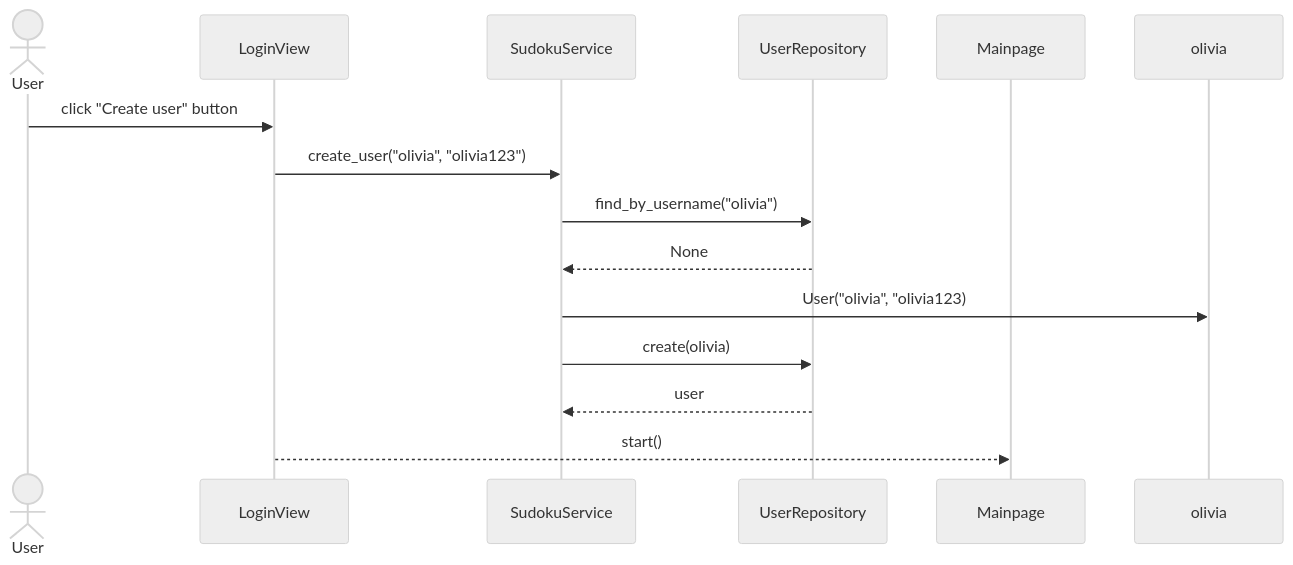
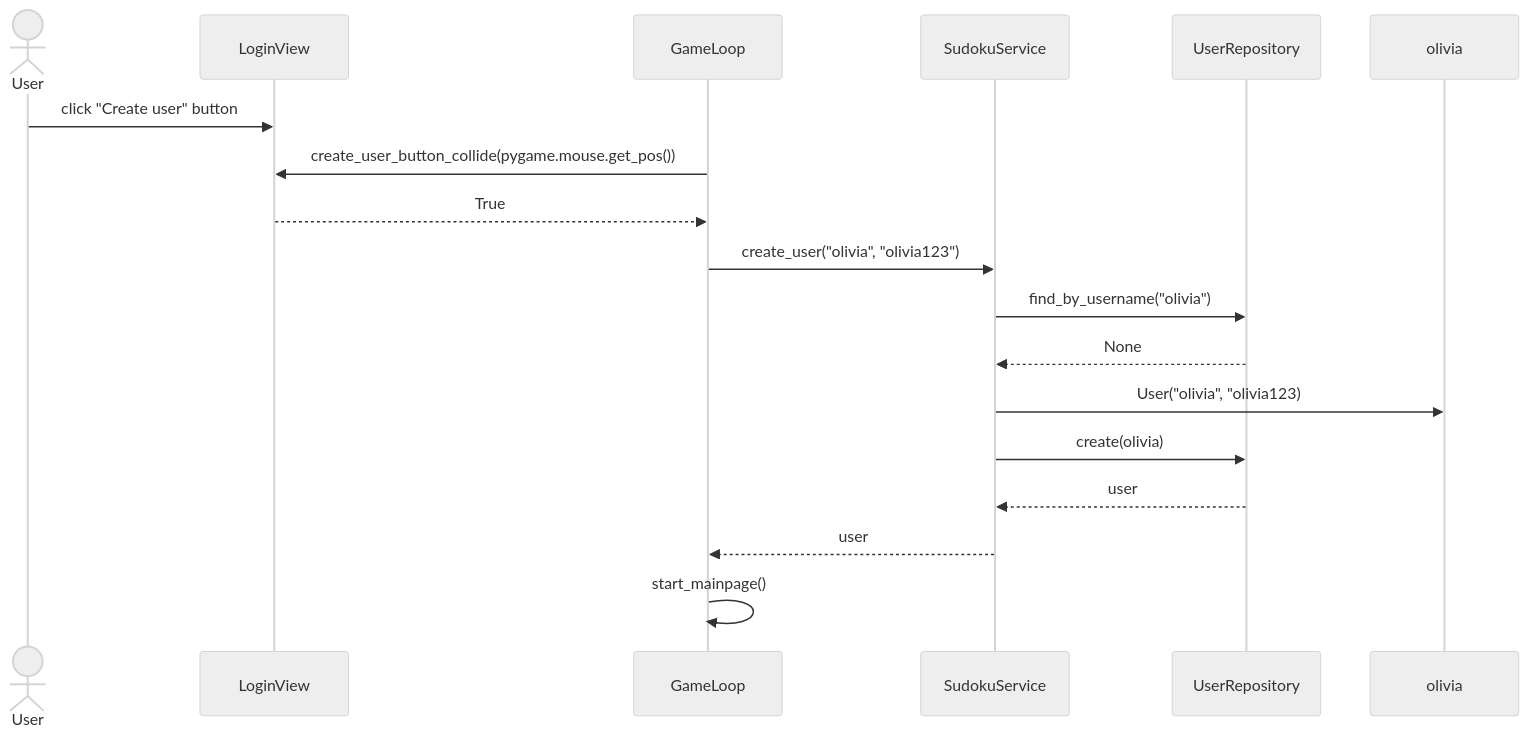
Before and after one commit to oliviahorjamo/OhTe-harjoitustyo-2022: the third of 6 diagrams in dokumentaatio/arkkitehtuuri.md, drawn with Mermaid (neutral theme). The commit also changed other lines of this file, not shown here.

````diff
--- a/dokumentaatio/arkkitehtuuri.md
+++ b/dokumentaatio/arkkitehtuuri.md
@@ -116,17 +143,20 @@
 ```mermaid
 sequenceDiagram
   actor User
   participant LoginView
+  participant GameLoop
   participant SudokuService
   participant UserRepository
-  participant Mainpage
   participant olivia
   User->>LoginView: click "Create user" button
-  LoginView->>SudokuService: create_user("olivia", "olivia123")
+  GameLoop->>LoginView: create_user_button_collide(pygame.mouse.get_pos())
+  LoginView-->>GameLoop: True
+  GameLoop->>SudokuService: create_user("olivia", "olivia123")
   SudokuService->>UserRepository: find_by_username("olivia")
   UserRepository-->>SudokuService: None
   SudokuService->> olivia: User("olivia", "olivia123)
   SudokuService->>UserRepository: create(olivia)
   UserRepository-->>SudokuService: user
-  LoginView -->> Mainpage: start()
+  SudokuService-->>GameLoop: user
+  GameLoop->>GameLoop: start_mainpage()
 ```
````
